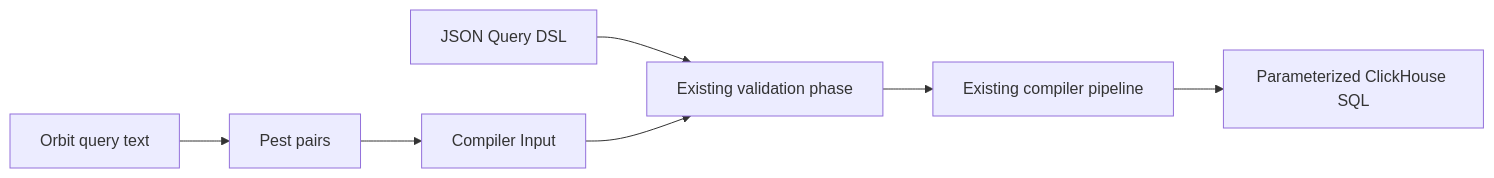
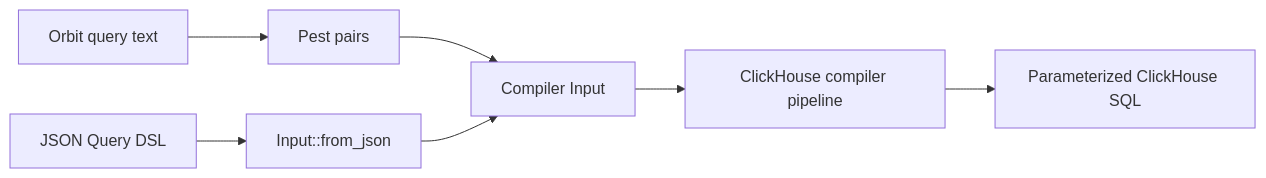
One commit to gitlabhq/orbit-knowledge-graph changed the diagram in docs/design-documents/querying/orbit_query_frontend.md. Above: the diagram before and after it, drawn with Mermaid. The commit also changed other lines of this file and 3 other files, not shown here.

Commit message:
refactor: treat json as any other input

````diff
--- a/docs/design-documents/querying/orbit_query_frontend.md
+++ b/docs/design-documents/querying/orbit_query_frontend.md
@@ -27,9 +27,9 @@
 ```mermaid
 flowchart LR
     Text[Orbit query text] --> Pest[Pest pairs]
     Pest --> Input[Compiler Input]
-    JSON[JSON Query DSL] --> Validate[Existing validation phase]
-    Input --> Validate
-    Validate --> Pipeline[Existing compiler pipeline]
+    JSON[JSON Query DSL] --> FromJson[Input::from_json]
+    FromJson --> Input
+    Input --> Pipeline[ClickHouse compiler pipeline]
     Pipeline --> SQL[Parameterized ClickHouse SQL]
 ```
````
